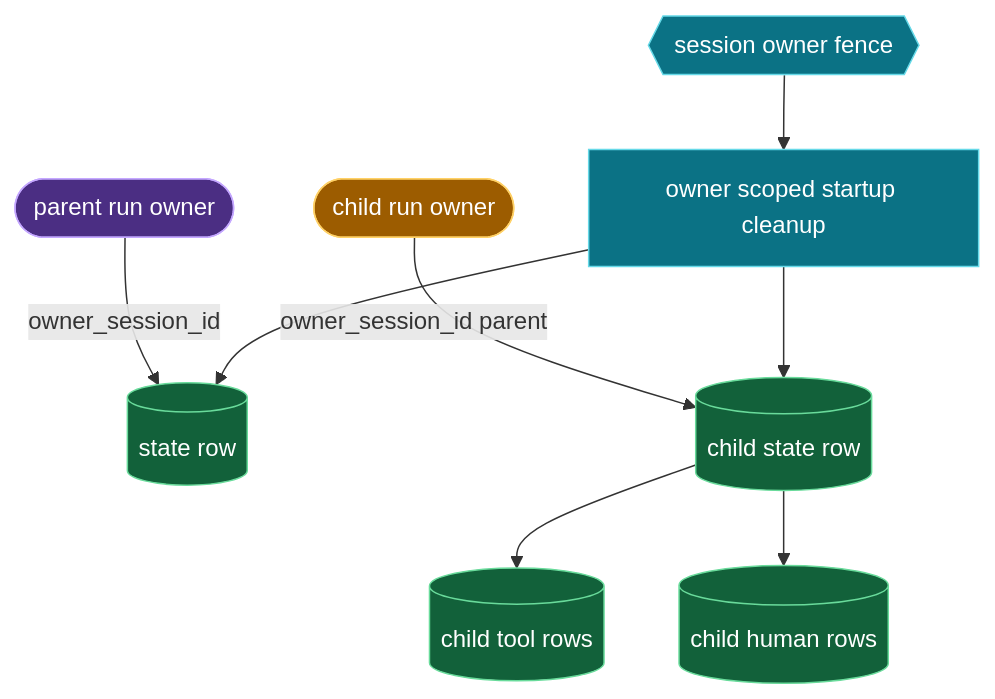
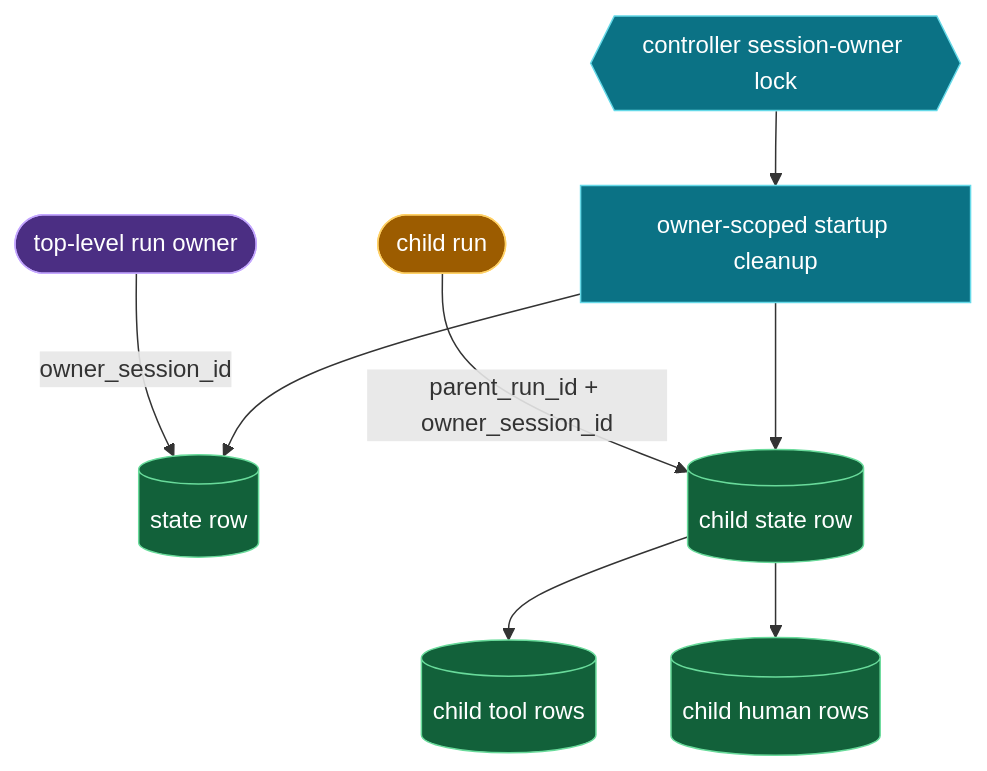
Before and after one commit to ineersa/agent-core: the third of 3 diagrams in .pi/reports/storage-redesign-run-operational-state-in-database.md, drawn with Mermaid. The commit also changed other lines of this file and 8 other files, not shown here.

````diff
--- a/.pi/reports/storage-redesign-run-operational-state-in-database.md
+++ b/.pi/reports/storage-redesign-run-operational-state-in-database.md
@@ -50,16 +50,16 @@
 ```mermaid
 flowchart TD
-    Parent([parent run owner]):::parent
-    Child([child run owner]):::child
+    Parent([top-level run owner]):::parent
+    Child([child run]):::child
     Parent -->|owner_session_id| State[(state row)]:::db
-    Child -->|owner_session_id parent| ChildState[(child state row)]:::db
+    Child -->|parent_run_id + owner_session_id| ChildState[(child state row)]:::db
     ChildState --> ChildTool[(child tool rows)]:::db
     ChildState --> ChildHuman[(child human rows)]:::db
-    Fence{{session owner fence}}:::control --> Cleanup[owner scoped startup cleanup]:::control
+    Lock{{controller session-owner lock}}:::control --> Cleanup[owner-scoped startup cleanup]:::control
     Cleanup --> State
     Cleanup --> ChildState
     classDef parent fill:#4b2e83,color:#fff,stroke:#c4a7ff
     classDef child fill:#9c5c00,color:#fff,stroke:#ffd166
     classDef db fill:#12613a,color:#fff,stroke:#69db9b
     classDef control fill:#0b7285,color:#fff,stroke:#66d9e8
 ```
````
